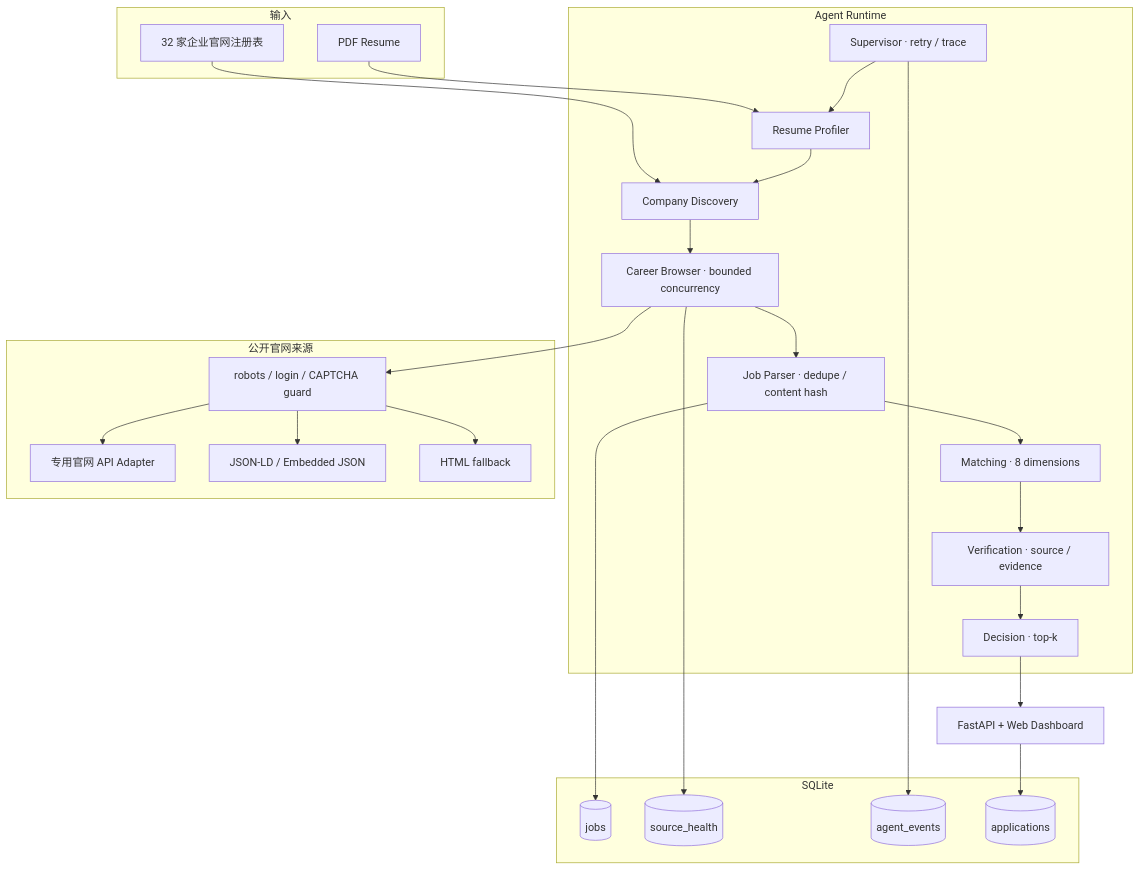
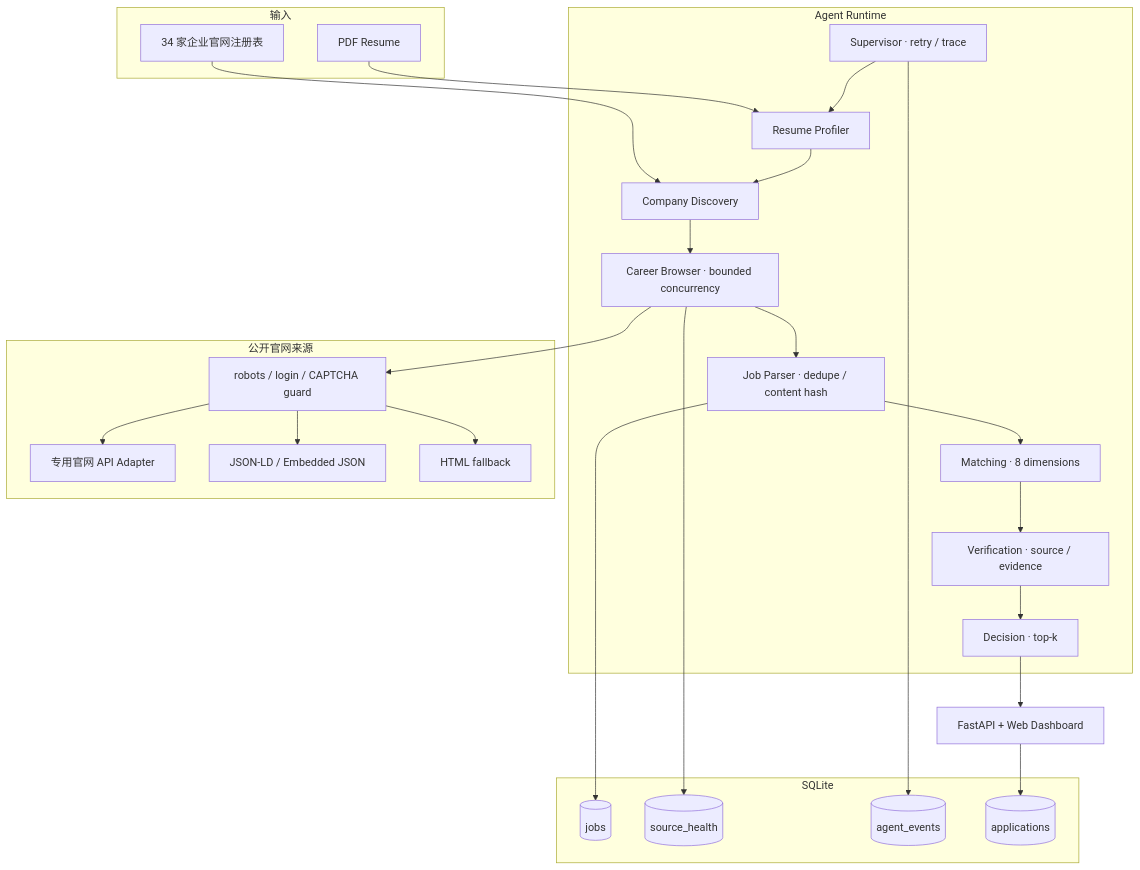
The diagram in docs/architecture.md (HexiWu/careerpilot-cn), drawn with Mermaid before and after one commit. The commit also changed other lines of this file and 2 other files, not shown here.

````diff
--- a/docs/architecture.md
+++ b/docs/architecture.md
@@ -7,44 +7,44 @@
 ```mermaid
 flowchart TB
     subgraph Input["输入"]
         PDF["PDF Resume"]
-        Registry["32 家企业官网注册表"]
+        Registry["34 家企业官网注册表"]
     end
 
     subgraph Runtime["Agent Runtime"]
         Supervisor["Supervisor · retry / trace"]
         Profiler["Resume Profiler"]
         Discovery["Company Discovery"]
         Browser["Career Browser · bounded concurrency"]
         Parser["Job Parser · dedupe / content hash"]
         Matcher["Matching · 8 dimensions"]
         Verifier["Verification · source / evidence"]
         Decision["Decision · top-k"]
     end
 
     subgraph Sources["公开官网来源"]
         API["专用官网 API Adapter"]
         JSONLD["JSON-LD / Embedded JSON"]
         HTML["HTML fallback"]
         Guard["robots / login / CAPTCHA guard"]
     end
 
     subgraph Storage["SQLite"]
         Jobs[("jobs")]
         Health[("source_health")]
         Trace[("agent_events")]
         Board[("applications")]
     end
 
     PDF --> Profiler
     Registry --> Discovery
     Supervisor --> Profiler --> Discovery --> Browser --> Parser --> Matcher --> Verifier --> Decision
     Browser --> Guard --> API
     Guard --> JSONLD
     Guard --> HTML
     Parser --> Jobs
     Browser --> Health
     Supervisor --> Trace
     Decision --> Web["FastAPI + Web Dashboard"]
     Web --> Board
 ```
````
